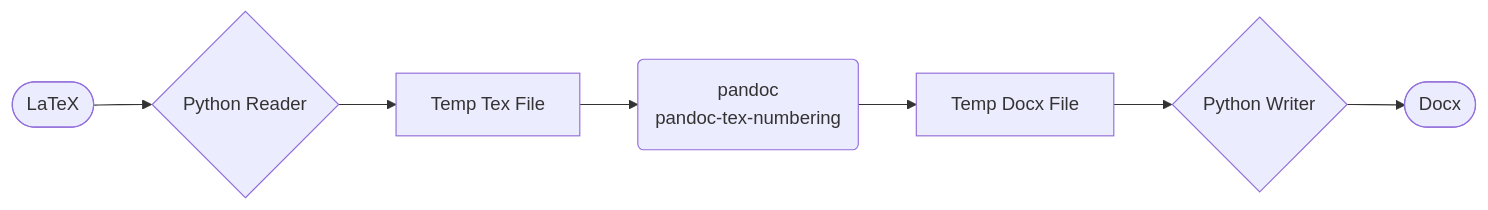
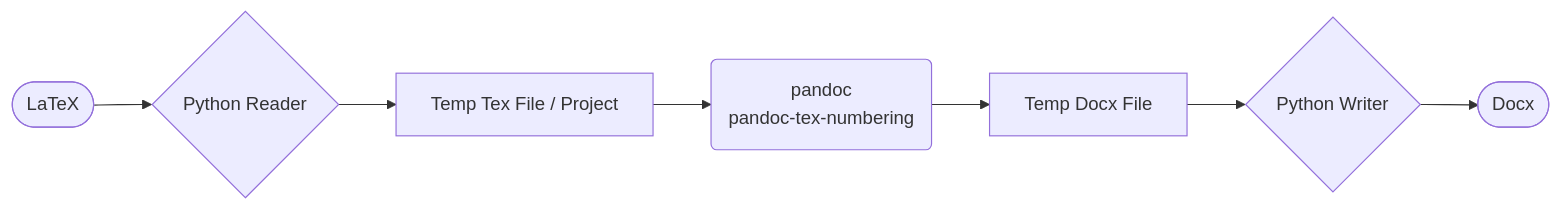
The diagram in README.md (fncokg/latex2docx-framework), drawn with Mermaid before and after one commit. The commit also changed other lines of this file and 2 other files, not shown here.

````diff
--- a/README.md
+++ b/README.md
@@ -51,10 +52,10 @@
 ```mermaid
 flowchart LR
     A([LaTeX]) --> B{Python Reader}
-    B --> C[Temp Tex File]
+    B --> C[Temp Tex File / Project]
     C --> D("`pandoc
     pandoc-tex-numbering`")
     D --> E[Temp Docx File]
     E --> F{Python Writer}
     F --> G([Docx])
 ```
````
